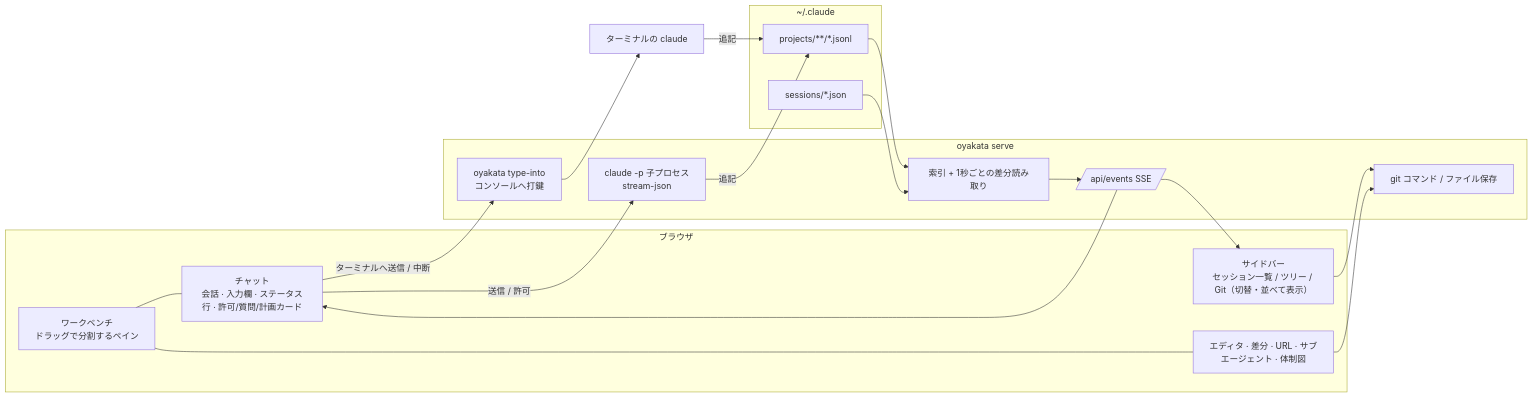
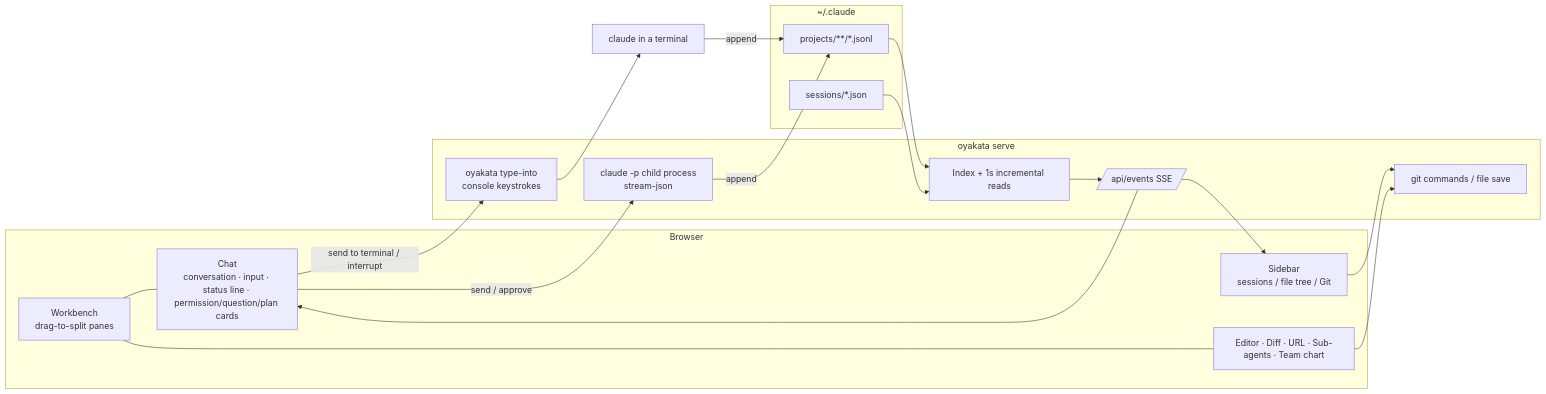
One commit to ShintaroOba/oyakata changed the diagram in README.md. Above: the diagram before and after it, drawn with Mermaid. The commit also changed other lines of this file and 1 other file, not shown here.

````diff
--- a/README.md
+++ b/README.md
@@ -89,30 +225,30 @@
 ```mermaid
 flowchart LR
-  subgraph browser[ブラウザ]
-    SB[サイドバー<br/>セッション一覧 / ツリー / Git（切替・並べて表示）]
-    WB[ワークベンチ<br/>ドラッグで分割するペイン]
-    CH[チャット<br/>会話 · 入力欄 · ステータス行 · 許可/質問/計画カード]
-    ED[エディタ · 差分 · URL · サブエージェント · 体制図]
+  subgraph browser[Browser]
+    SB[Sidebar<br/>sessions / file tree / Git]
+    WB[Workbench<br/>drag-to-split panes]
+    CH[Chat<br/>conversation · input · status line · permission/question/plan cards]
+    ED[Editor · Diff · URL · Sub-agents · Team chart]
     WB --- CH
     WB --- ED
   end
   subgraph oyakata[oyakata serve]
-    IDX[索引 + 1秒ごとの差分読み取り]
-    RUN[claude -p 子プロセス<br/>stream-json]
-    GIT[git コマンド / ファイル保存]
-    TYP[oyakata type-into<br/>コンソールへ打鍵]
+    IDX[Index + 1s incremental reads]
+    RUN[claude -p child process<br/>stream-json]
+    GIT[git commands / file save]
+    TYP[oyakata type-into<br/>console keystrokes]
     SSE[/api/events SSE/]
   end
   subgraph claude[~/.claude]
     P[projects/**/*.jsonl]
     S[sessions/*.json]
   end
-  TERM[ターミナルの claude]
+  TERM[claude in a terminal]
   P --> IDX --> SSE --> SB
   S --> IDX
   SSE --> CH
-  CH -->|送信 / 許可| RUN -->|追記| P
-  CH -->|ターミナルへ送信 / 中断| TYP --> TERM -->|追記| P
+  CH -->|send / approve| RUN -->|append| P
+  CH -->|send to terminal / interrupt| TYP --> TERM -->|append| P
   SB --> GIT
   ED --> GIT
 ```
````
